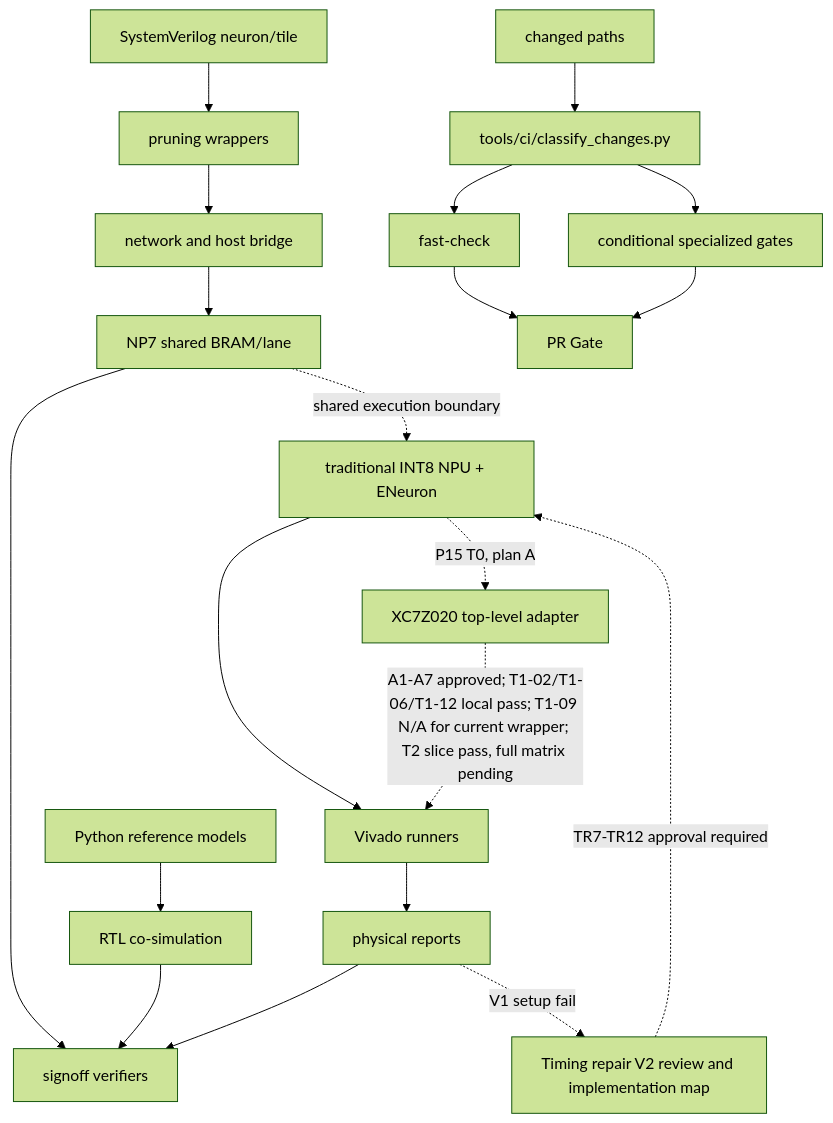
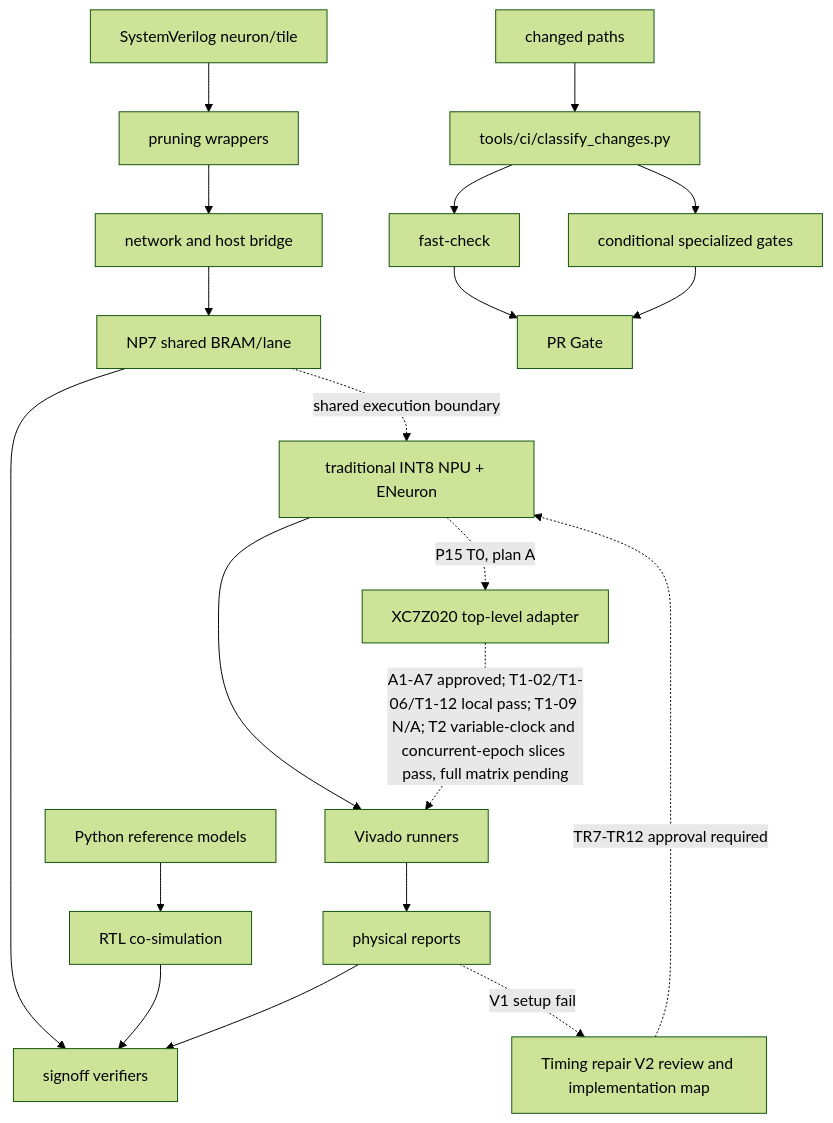
One commit to Epslion404/ENeuron changed the diagram in .nexus-map/arch/dependencies.md. Above: the diagram before and after it, drawn with Mermaid (forest theme). The commit also changed other lines of this file and 8 other files, not shown here.

Commit message:
docs: sync t2 concurrent epoch workflow state

````diff
--- a/.nexus-map/arch/dependencies.md
+++ b/.nexus-map/arch/dependencies.md
@@ -7,22 +7,22 @@
 ```mermaid
 graph TD
   ref[Python reference models] --> cosim[RTL co-simulation]
   rtl[SystemVerilog neuron/tile] --> wrap[pruning wrappers]
   wrap --> net[network and host bridge]
   net --> np7[NP7 shared BRAM/lane]
   np7 --> verify[signoff verifiers]
   cosim --> verify[signoff verifiers]
   vivado[Vivado runners] --> reports[physical reports]
   reports --> verify
   reports -. V1 setup fail .-> timing[Timing repair V2 review and implementation map]
   timing -. TR7-TR12 approval required .-> npu
   np7 -. shared execution boundary .-> npu[traditional INT8 NPU + ENeuron]
   npu --> vivado
   npu -. P15 T0, plan A .-> p15[XC7Z020 top-level adapter]
-  p15 -. A1-A7 approved; T1-02/T1-06/T1-12 local pass; T1-09 N/A for current wrapper; T2 slice pass, full matrix pending .-> vivado
+  p15 -. A1-A7 approved; T1-02/T1-06/T1-12 local pass; T1-09 N/A; T2 variable-clock and concurrent-epoch slices pass, full matrix pending .-> vivado
   changes[changed paths] --> classify[tools/ci/classify_changes.py]
   classify --> fast[fast-check]
   classify --> specialized[conditional specialized gates]
   fast --> gate[PR Gate]
   specialized --> gate
 ```
````
